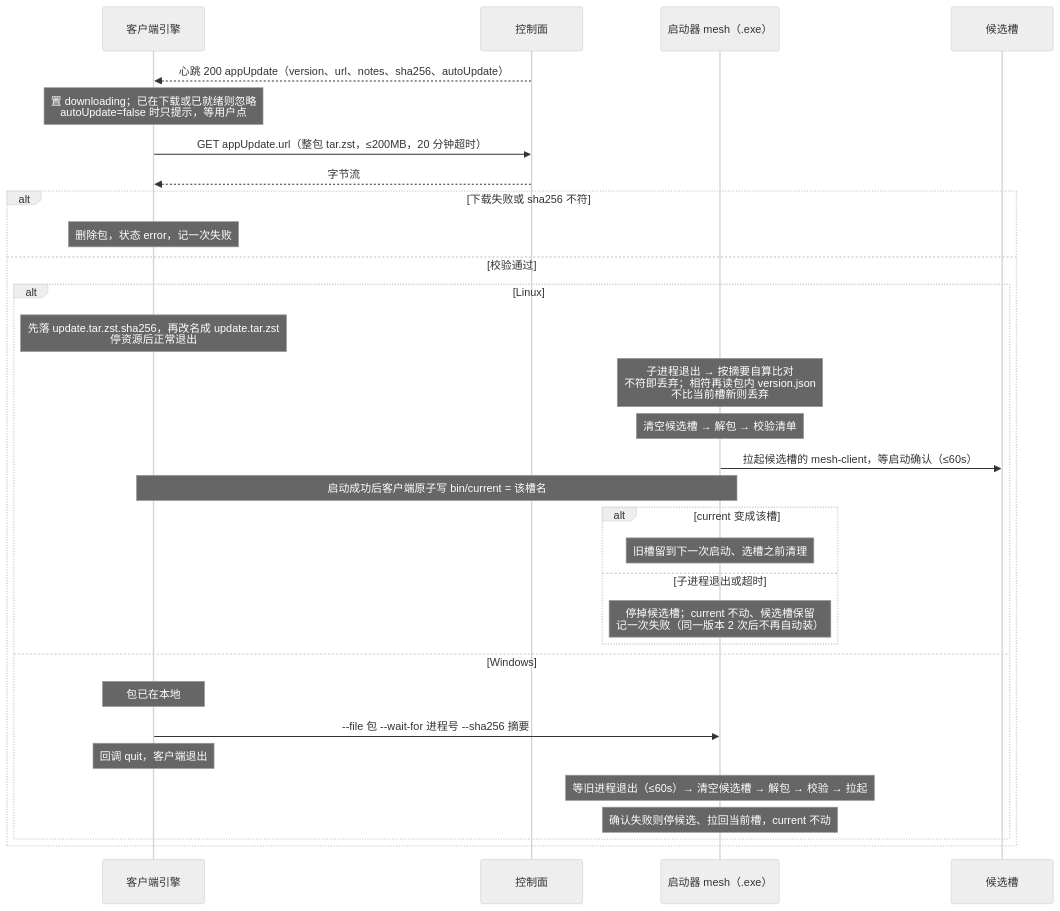
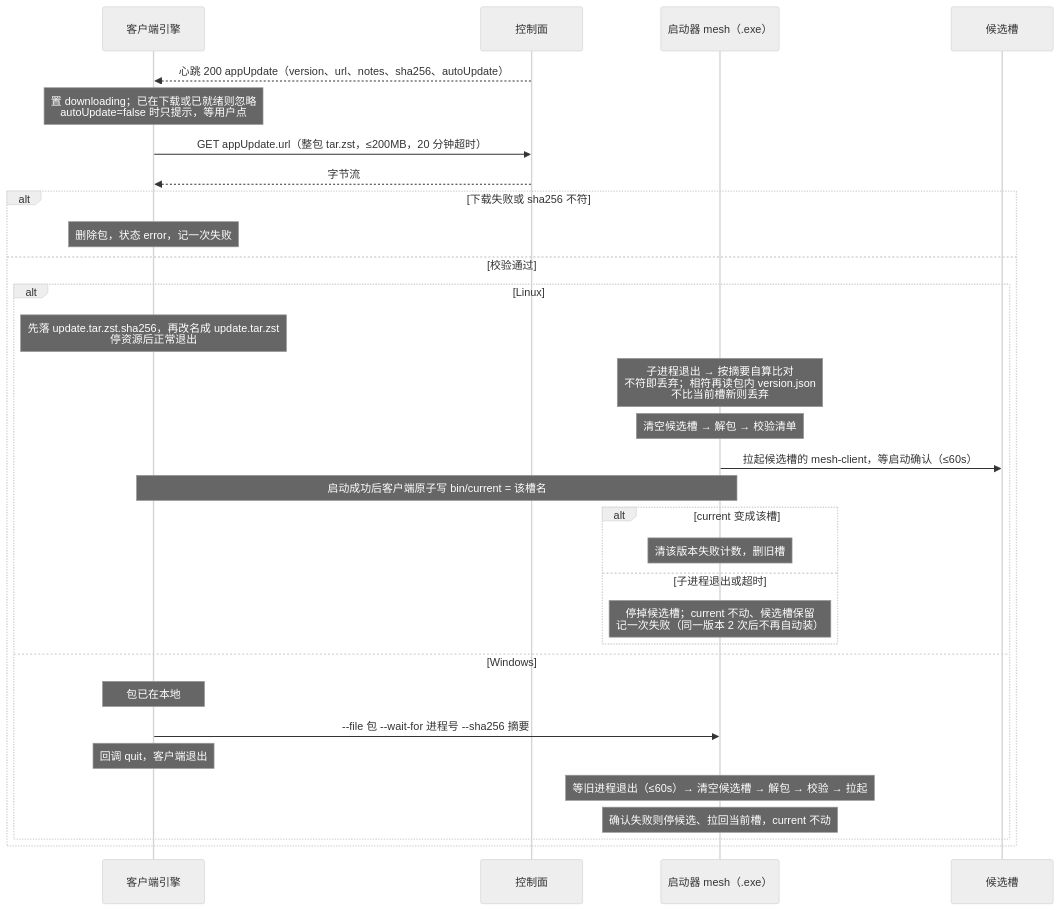
The third of 6 diagrams in docs/flows.md (hiromuraki/mesh-client), drawn with Mermaid (neutral theme) before and after one commit. The commit also changed other lines of this file and 27 other files, not shown here.

````diff
--- a/docs/flows.md
+++ b/docs/flows.md
@@ -80,34 +80,34 @@
 ```mermaid
 sequenceDiagram
   participant E as 客户端引擎
   participant S as 控制面
   participant L as 启动器 mesh（.exe）
   participant N as 候选槽
 
   S-->>E: 心跳 200 appUpdate（version、url、notes、sha256、autoUpdate）
   Note over E: 置 downloading；已在下载或已就绪则忽略<br/>autoUpdate=false 时只提示，等用户点
   E->>S: GET appUpdate.url（整包 tar.zst，≤200MB，20 分钟超时）
   S-->>E: 字节流
   alt 下载失败或 sha256 不符
     Note over E: 删除包，状态 error，记一次失败
   else 校验通过
     alt Linux
       Note over E: 先落 update.tar.zst.sha256，再改名成 update.tar.zst<br/>停资源后正常退出
       Note over L: 子进程退出 → 按摘要自算比对<br/>不符即丢弃；相符再读包内 version.json<br/>不比当前槽新则丢弃
       Note over L: 清空候选槽 → 解包 → 校验清单
       L->>N: 拉起候选槽的 mesh-client，等启动确认（≤60s）
       Note over E,L: 启动成功后客户端原子写 bin/current = 该槽名
       alt current 变成该槽
-        Note over L: 旧槽留到下一次启动、选槽之前清理
+        Note over L: 清该版本失败计数，删旧槽
       else 子进程退出或超时
         Note over L: 停掉候选槽；current 不动、候选槽保留<br/>记一次失败（同一版本 2 次后不再自动装）
       end
     else Windows
       Note over E: 包已在本地
       E->>L: --file 包 --wait-for 进程号 --sha256 摘要
       Note over E: 回调 quit，客户端退出
       Note over L: 等旧进程退出（≤60s）→ 清空候选槽 → 解包 → 校验 → 拉起
       Note over L: 确认失败则停候选、拉回当前槽，current 不动
     end
   end
 ```
````
